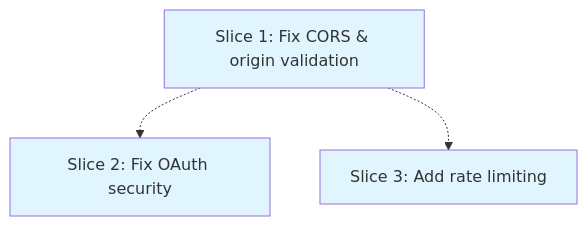
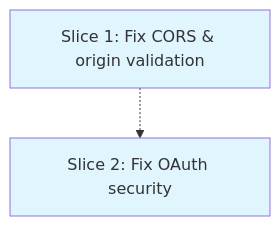
The diagram in plans/fix-api-security-vulnerabilities.md (mnkdog/puplets), drawn with Mermaid before and after one commit. The commit also changed other lines of this file, not shown here.

````diff
--- a/plans/fix-api-security-vulnerabilities.md
+++ b/plans/fix-api-security-vulnerabilities.md
@@ -303,13 +259,10 @@
 ```mermaid
 graph TD
     Slice1[Slice 1: Fix CORS & origin validation]
     Slice2[Slice 2: Fix OAuth security]
-    Slice3[Slice 3: Add rate limiting]
     
     Slice1 -.-> Slice2
-    Slice1 -.-> Slice3
     
     style Slice1 fill:#e1f5ff
     style Slice2 fill:#e1f5ff
-    style Slice3 fill:#e1f5ff
 ```
````
